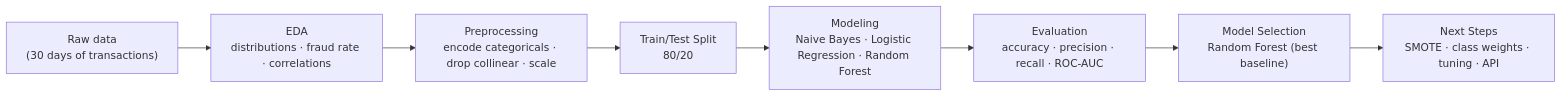
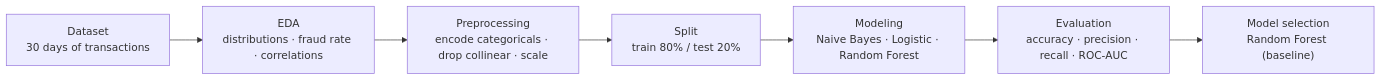
One commit to AnfalAlkuraydis/fraudulent-transactions-detection-ML changed the diagram in README_Fraud_Detection.md. Above: the diagram before and after it, drawn with Mermaid.

````diff
--- a/README_Fraud_Detection.md
+++ b/README_Fraud_Detection.md
@@ -39,10 +39,10 @@
 ```mermaid
 flowchart LR
-  A["Raw data<br/>(30 days of transactions)"] --> B["EDA<br/>distributions · fraud rate · correlations"]
+  A["Dataset<br/>30 days of transactions"] --> B["EDA<br/>distributions · fraud rate · correlations"]
   B --> C["Preprocessing<br/>encode categoricals · drop collinear · scale"]
-  C --> D["Train/Test Split<br/>80/20"]
-  D --> E["Modeling<br/>Naive Bayes · Logistic Regression · Random Forest"]
+  C --> D["Split<br/>train 80% / test 20%"]
+  D --> E["Modeling<br/>Naive Bayes · Logistic · Random Forest"]
   E --> F["Evaluation<br/>accuracy · precision · recall · ROC-AUC"]
-  F --> G["Model Selection<br/>Random Forest (best baseline)"]
-  G --> H["Next Steps<br/>SMOTE · class weights · tuning · API"]
+  F --> G["Model selection<br/>Random Forest (baseline)"]
+
 ```
````
